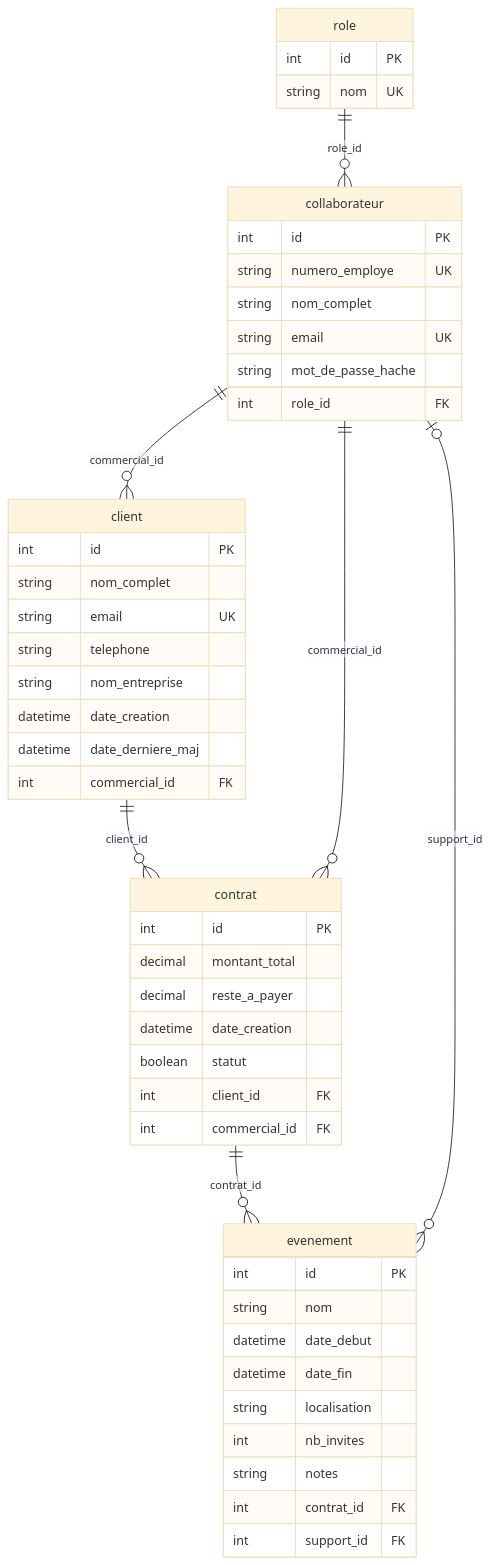
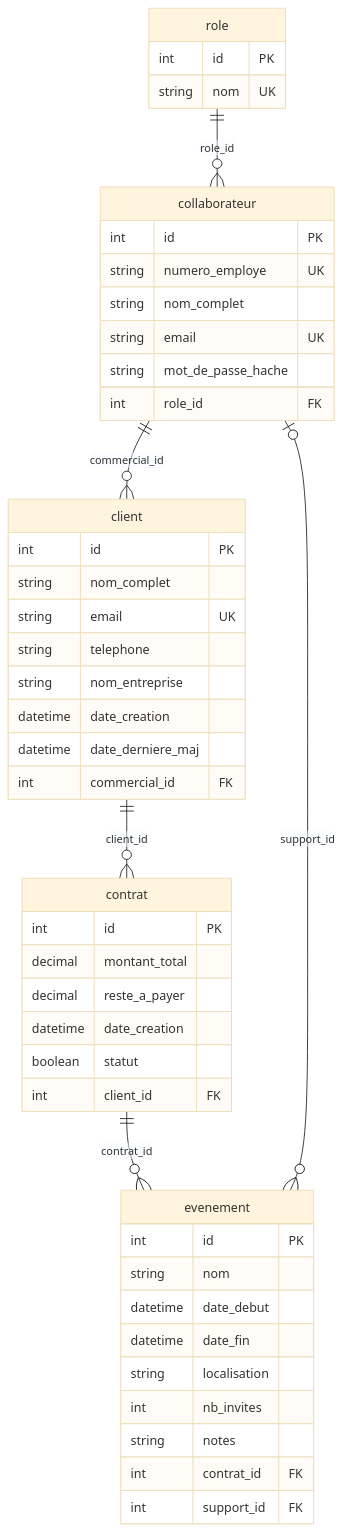
One commit to Hermes3x/epic_events_crm changed the diagram in docs/erd.md. Above: the diagram before and after it, drawn with Mermaid (base theme). The commit also changed 6 other files, not shown here.

Commit message:
Etape 3 : hachage argon2, amorcage des roles et du premier compte gestion, retrait de contrat.commercial_id

````diff
--- a/docs/erd.md
+++ b/docs/erd.md
@@ -6,56 +6,54 @@
 ```mermaid
 erDiagram
     role ||--o{ collaborateur : "role_id"
     collaborateur ||--o{ client : "commercial_id"
     client ||--o{ contrat : "client_id"
-    collaborateur ||--o{ contrat : "commercial_id"
     contrat ||--o{ evenement : "contrat_id"
     collaborateur |o--o{ evenement : "support_id"
 
     role {
         int id PK
         string nom UK
     }
 
     collaborateur {
         int id PK
         string numero_employe UK
         string nom_complet
         string email UK
         string mot_de_passe_hache
         int role_id FK
     }
 
     client {
         int id PK
         string nom_complet
         string email UK
         string telephone
         string nom_entreprise
         datetime date_creation
         datetime date_derniere_maj
         int commercial_id FK
     }
 
     contrat {
         int id PK
         decimal montant_total
         decimal reste_a_payer
         datetime date_creation
         boolean statut
         int client_id FK
-        int commercial_id FK
     }
 
     evenement {
         int id PK
         string nom
         datetime date_debut
         datetime date_fin
         string localisation
         int nb_invites
         string notes
         int contrat_id FK
         int support_id FK
     }
 ```
````
